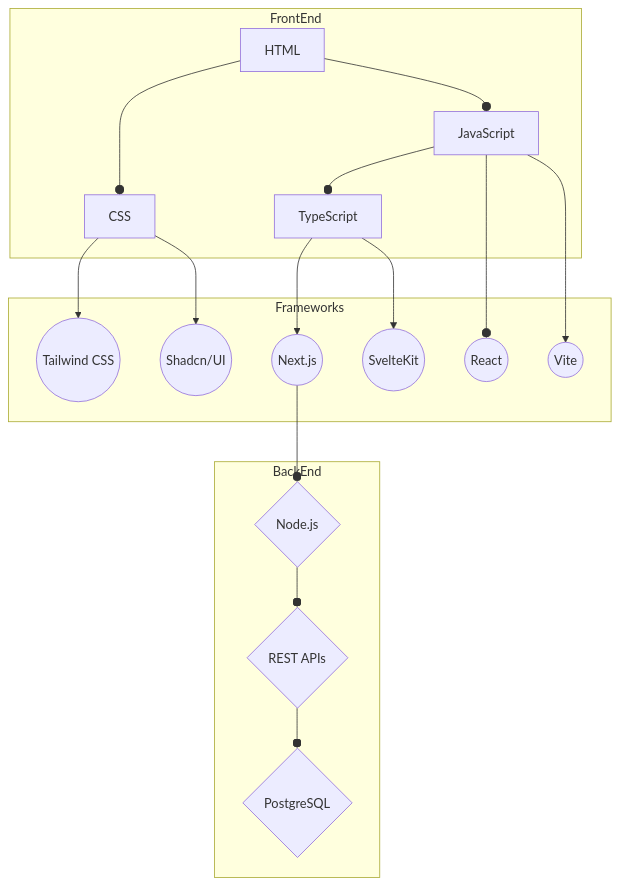
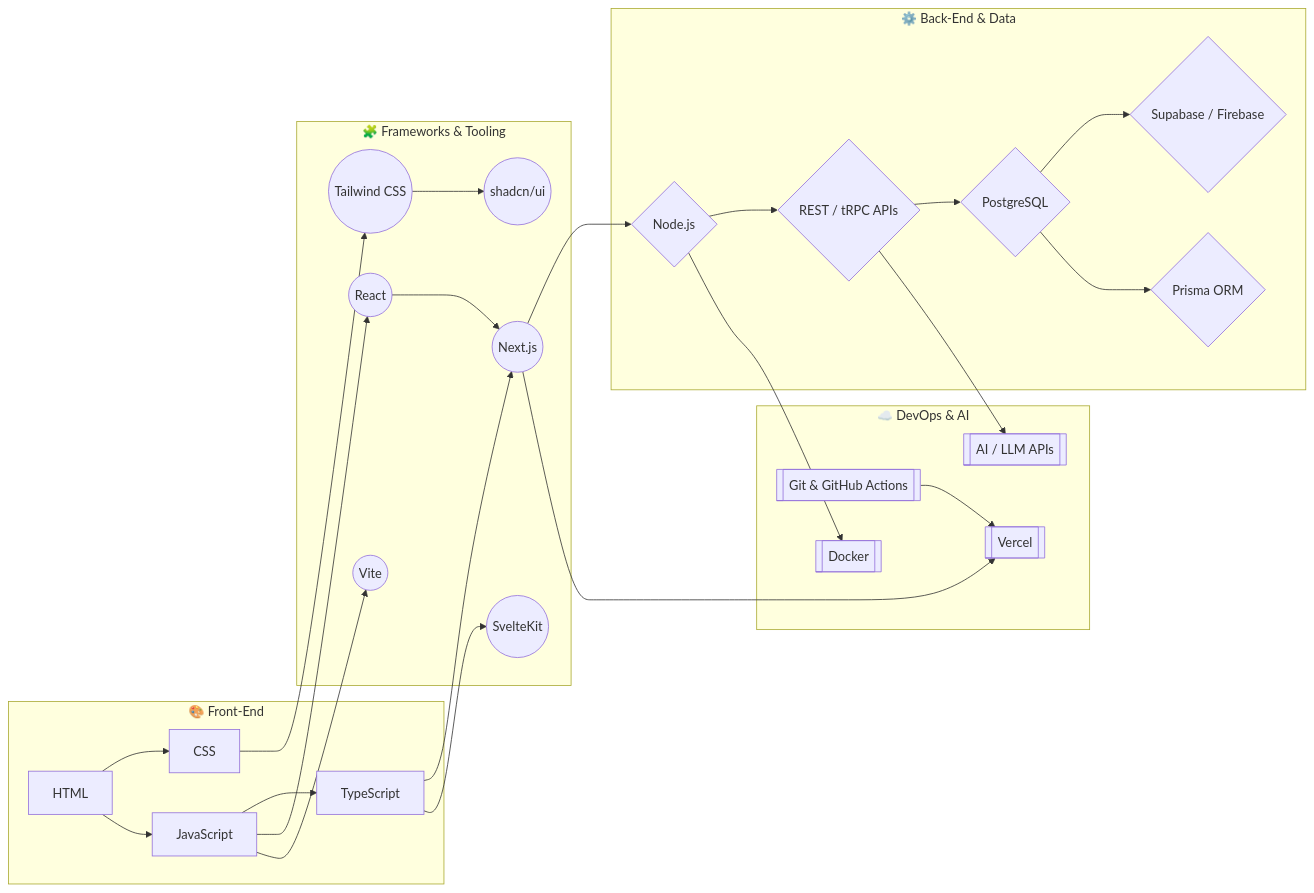
Before and after one commit to FelixAshong/FelixAshong: the diagram in README.md, drawn with Mermaid. The commit also changed other lines of this file and 1 other file, not shown here.

````diff
--- a/README.md
+++ b/README.md
@@ -61,47 +54,45 @@
 ```mermaid
-flowchart 
-f1[HTML]
-f2[CSS]
-f3[JavaScript]
-f4[TypeScript]
-fw1((React))
-fw2((Next.js))
-fw3((Tailwind CSS))
-fw4((SvelteKit))
-fw5((Shadcn/UI))
-fw6((Vite))
-b1{Node.js}
-b2{REST APIs}
-b3{PostgreSQL}
- subgraph BackEnd
-b1
-b2
-b3
- end  
- subgraph Frameworks 
-fw1
-fw2
-fw3
-fw4
-fw5
-fw6
- end
- subgraph FrontEnd 
- f1
- f2
- f3
- f4
- end  
- f1 --o f2
- f1 --o f3
- f2 --> fw3
- f3 --o f4
- f3 --o fw1
- f4 --> fw2
- f4 --> fw4
- f2 --> fw5
- f3 --> fw6
- fw2 --o b1
- b1 --o b2
- b2 --o b3
- ```
+flowchart LR
+  subgraph FE[🎨 Front-End]
+    f1[HTML] --> f2[CSS]
+    f1 --> f3[JavaScript]
+    f3 --> f4[TypeScript]
+  end
+
+  subgraph FW[🧩 Frameworks & Tooling]
+    fw1((React))
+    fw2((Next.js))
+    fw3((Tailwind CSS))
+    fw4((SvelteKit))
+    fw5((shadcn/ui))
+    fw6((Vite))
+  end
+
+  subgraph BE[⚙️ Back-End & Data]
+    b1{Node.js}
+    b2{REST / tRPC APIs}
+    b3{PostgreSQL}
+    b4{Supabase / Firebase}
+    b5{Prisma ORM}
+  end
+
+  subgraph OPS[☁️ DevOps & AI]
+    o1[[Git & GitHub Actions]]
+    o2[[Docker]]
+    o3[[Vercel]]
+    o4[[AI / LLM APIs]]
+  end
+
+  f2 --> fw3 --> fw5
+  f3 --> fw1 --> fw2
+  f3 --> fw6
+  f4 --> fw2
+  f4 --> fw4
+  fw2 --> b1 --> b2 --> b3
+  b3 --> b4
+  b3 --> b5
+  fw2 --> o3
+  b1 --> o2
+  o1 --> o3
+  b2 --> o4
+```
````
